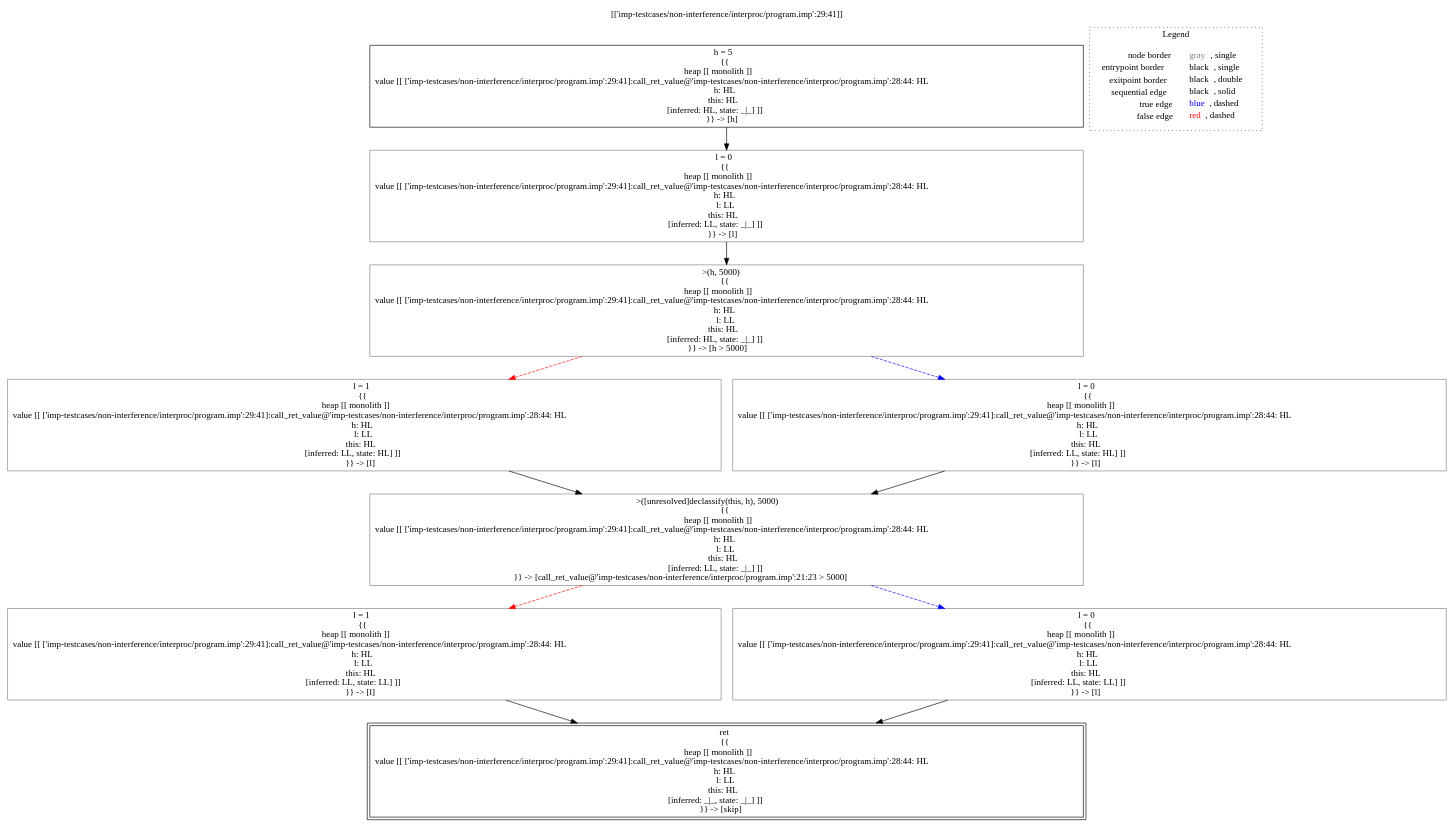
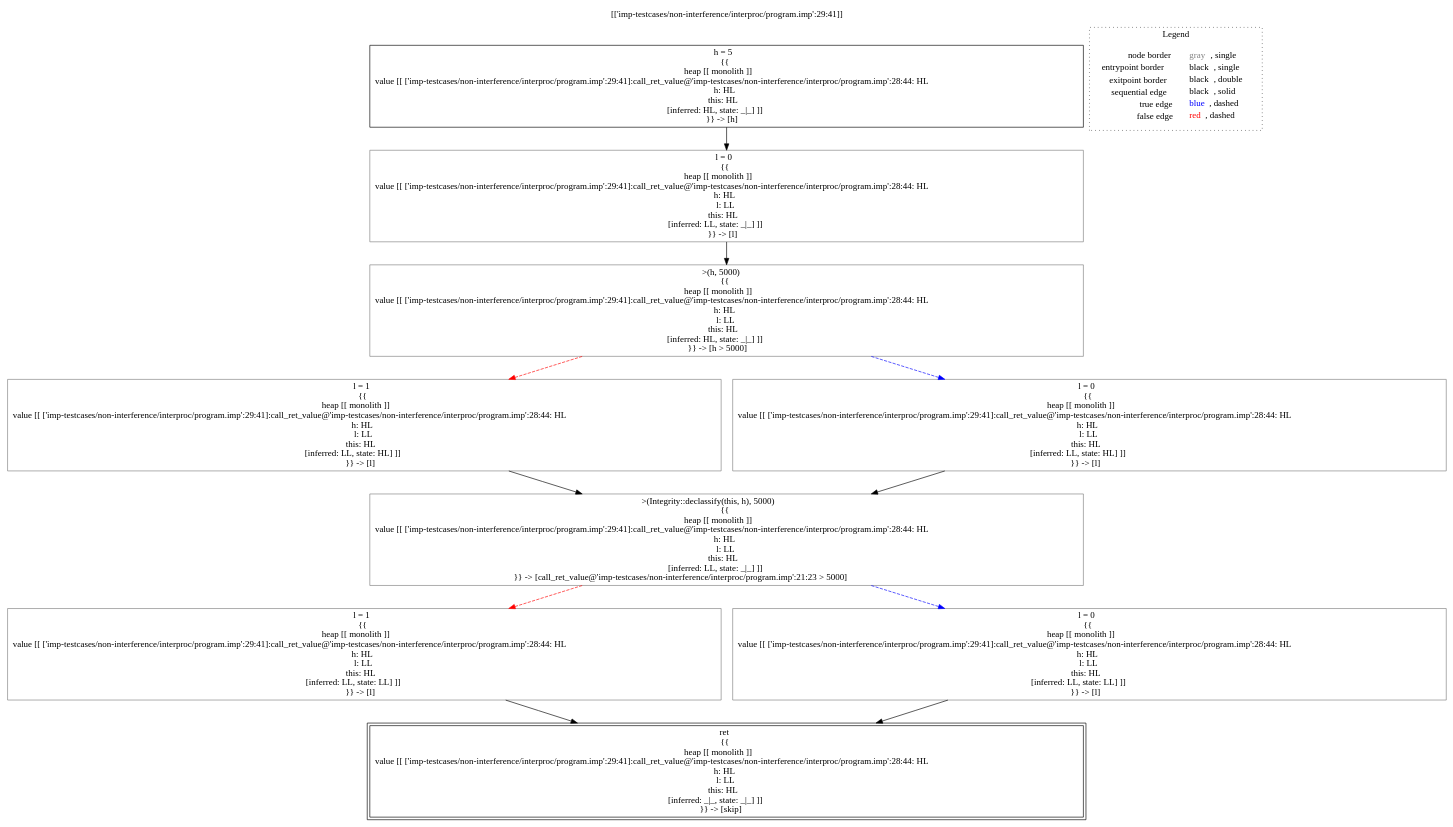
One commit to lisa-analyzer/lisa changed the diagram in lisa/lisa-core/imp-testcases/non-interference/interproc/analysis___-2057990561_untyped_Integrity.confidentiality_lec6_declassified(Integrity_this).dot. Above: the diagram before and after it, drawn with Graphviz. The commit also changed 42 other files, not shown here.

```diff
--- a/lisa/lisa-core/imp-testcases/non-interference/interproc/analysis___-2057990561_untyped_Integrity.confidentiality_lec6_declassified(Integrity_this).dot
+++ b/lisa/lisa-core/imp-testcases/non-interference/interproc/analysis___-2057990561_untyped_Integrity.confidentiality_lec6_declassified(Integrity_this).dot
@@ -1,30 +1,30 @@
 digraph {
 	labelloc="t";
 	label="[['imp-testcases/non-interference/interproc/program.imp':29:41]]";
 	"node0" [shape="rect",color="black",label=<h = 5<BR/>{{<BR/>heap [[ monolith ]]<BR/>value [[ ['imp-testcases/non-interference/interproc/program.imp':29:41]:call_ret_value@'imp-testcases/non-interference/interproc/program.imp':28:44: HL<BR/>h: HL<BR/>this: HL<BR/>[inferred: HL, state: _|_] ]]<BR/>}} -&gt; [h]>];
 	"node1" [shape="rect",color="black",peripheries="2",label=<ret<BR/>{{<BR/>heap [[ monolith ]]<BR/>value [[ ['imp-testcases/non-interference/interproc/program.imp':29:41]:call_ret_value@'imp-testcases/non-interference/interproc/program.imp':28:44: HL<BR/>h: HL<BR/>l: LL<BR/>this: HL<BR/>[inferred: _|_, state: _|_] ]]<BR/>}} -&gt; [skip]>];
-	"node2" [shape="rect",color="gray",label=<l = 0<BR/>{{<BR/>heap [[ monolith ]]<BR/>value [[ ['imp-testcases/non-interference/interproc/program.imp':29:41]:call_ret_value@'imp-testcases/non-interference/interproc/program.imp':28:44: HL<BR/>h: HL<BR/>l: LL<BR/>this: HL<BR/>[inferred: LL, state: _|_] ]]<BR/>}} -&gt; [l]>];
+	"node2" [shape="rect",color="gray",label=<l = 1<BR/>{{<BR/>heap [[ monolith ]]<BR/>value [[ ['imp-testcases/non-interference/interproc/program.imp':29:41]:call_ret_value@'imp-testcases/non-interference/interproc/program.imp':28:44: HL<BR/>h: HL<BR/>l: LL<BR/>this: HL<BR/>[inferred: LL, state: HL] ]]<BR/>}} -&gt; [l]>];
 	"node3" [shape="rect",color="gray",label=<l = 1<BR/>{{<BR/>heap [[ monolith ]]<BR/>value [[ ['imp-testcases/non-interference/interproc/program.imp':29:41]:call_ret_value@'imp-testcases/non-interference/interproc/program.imp':28:44: HL<BR/>h: HL<BR/>l: LL<BR/>this: HL<BR/>[inferred: LL, state: LL] ]]<BR/>}} -&gt; [l]>];
-	"node4" [shape="rect",color="gray",label=<l = 1<BR/>{{<BR/>heap [[ monolith ]]<BR/>value [[ ['imp-testcases/non-interference/interproc/program.imp':29:41]:call_ret_value@'imp-testcases/non-interference/interproc/program.imp':28:44: HL<BR/>h: HL<BR/>l: LL<BR/>this: HL<BR/>[inferred: LL, state: HL] ]]<BR/>}} -&gt; [l]>];
-	"node5" [shape="rect",color="gray",label=<&gt;(h, 5000)<BR/>{{<BR/>heap [[ monolith ]]<BR/>value [[ ['imp-testcases/non-interference/interproc/program.imp':29:41]:call_ret_value@'imp-testcases/non-interference/interproc/program.imp':28:44: HL<BR/>h: HL<BR/>l: LL<BR/>this: HL<BR/>[inferred: HL, state: _|_] ]]<BR/>}} -&gt; [h &gt; 5000]>];
-	"node6" [shape="rect",color="gray",label=<l = 0<BR/>{{<BR/>heap [[ monolith ]]<BR/>value [[ ['imp-testcases/non-interference/interproc/program.imp':29:41]:call_ret_value@'imp-testcases/non-interference/interproc/program.imp':28:44: HL<BR/>h: HL<BR/>l: LL<BR/>this: HL<BR/>[inferred: LL, state: LL] ]]<BR/>}} -&gt; [l]>];
-	"node7" [shape="rect",color="gray",label=<&gt;([unresolved]declassify(this, h), 5000)<BR/>{{<BR/>heap [[ monolith ]]<BR/>value [[ ['imp-testcases/non-interference/interproc/program.imp':29:41]:call_ret_value@'imp-testcases/non-interference/interproc/program.imp':28:44: HL<BR/>h: HL<BR/>l: LL<BR/>this: HL<BR/>[inferred: LL, state: _|_] ]]<BR/>}} -&gt; [call_ret_value@'imp-testcases/non-interference/interproc/program.imp':21:23 &gt; 5000]>];
-	"node8" [shape="rect",color="gray",label=<l = 0<BR/>{{<BR/>heap [[ monolith ]]<BR/>value [[ ['imp-testcases/non-interference/interproc/program.imp':29:41]:call_ret_value@'imp-testcases/non-interference/interproc/program.imp':28:44: HL<BR/>h: HL<BR/>l: LL<BR/>this: HL<BR/>[inferred: LL, state: HL] ]]<BR/>}} -&gt; [l]>];
-	"node2" -> "node5" [color="black"];
+	"node4" [shape="rect",color="gray",label=<l = 0<BR/>{{<BR/>heap [[ monolith ]]<BR/>value [[ ['imp-testcases/non-interference/interproc/program.imp':29:41]:call_ret_value@'imp-testcases/non-interference/interproc/program.imp':28:44: HL<BR/>h: HL<BR/>l: LL<BR/>this: HL<BR/>[inferred: LL, state: HL] ]]<BR/>}} -&gt; [l]>];
+	"node5" [shape="rect",color="gray",label=<l = 0<BR/>{{<BR/>heap [[ monolith ]]<BR/>value [[ ['imp-testcases/non-interference/interproc/program.imp':29:41]:call_ret_value@'imp-testcases/non-interference/interproc/program.imp':28:44: HL<BR/>h: HL<BR/>l: LL<BR/>this: HL<BR/>[inferred: LL, state: _|_] ]]<BR/>}} -&gt; [l]>];
+	"node6" [shape="rect",color="gray",label=<&gt;(h, 5000)<BR/>{{<BR/>heap [[ monolith ]]<BR/>value [[ ['imp-testcases/non-interference/interproc/program.imp':29:41]:call_ret_value@'imp-testcases/non-interference/interproc/program.imp':28:44: HL<BR/>h: HL<BR/>l: LL<BR/>this: HL<BR/>[inferred: HL, state: _|_] ]]<BR/>}} -&gt; [h &gt; 5000]>];
+	"node7" [shape="rect",color="gray",label=<l = 0<BR/>{{<BR/>heap [[ monolith ]]<BR/>value [[ ['imp-testcases/non-interference/interproc/program.imp':29:41]:call_ret_value@'imp-testcases/non-interference/interproc/program.imp':28:44: HL<BR/>h: HL<BR/>l: LL<BR/>this: HL<BR/>[inferred: LL, state: LL] ]]<BR/>}} -&gt; [l]>];
+	"node8" [shape="rect",color="gray",label=<&gt;(Integrity::declassify(this, h), 5000)<BR/>{{<BR/>heap [[ monolith ]]<BR/>value [[ ['imp-testcases/non-interference/interproc/program.imp':29:41]:call_ret_value@'imp-testcases/non-interference/interproc/program.imp':28:44: HL<BR/>h: HL<BR/>l: LL<BR/>this: HL<BR/>[inferred: LL, state: _|_] ]]<BR/>}} -&gt; [call_ret_value@'imp-testcases/non-interference/interproc/program.imp':21:23 &gt; 5000]>];
+	"node2" -> "node8" [color="black"];
 	"node3" -> "node1" [color="black"];
-	"node4" -> "node7" [color="black"];
-	"node0" -> "node2" [color="black"];
-	"node5" -> "node4" [color="red",style="dashed"];
-	"node5" -> "node8" [color="blue",style="dashed"];
-	"node6" -> "node1" [color="black"];
-	"node7" -> "node3" [color="red",style="dashed"];
-	"node7" -> "node6" [color="blue",style="dashed"];
-	"node8" -> "node7" [color="black"];
+	"node4" -> "node8" [color="black"];
+	"node5" -> "node6" [color="black"];
+	"node6" -> "node2" [color="red",style="dashed"];
+	"node6" -> "node4" [color="blue",style="dashed"];
+	"node0" -> "node5" [color="black"];
+	"node7" -> "node1" [color="black"];
+	"node8" -> "node3" [color="red",style="dashed"];
+	"node8" -> "node7" [color="blue",style="dashed"];
 subgraph cluster_legend {
 	label="Legend";
 	style=dotted;
 	node [shape=plaintext];
 	"legend" [label=<<table border="0" cellpadding="2" cellspacing="0" cellborder="0"><tr><td align="right">node border&nbsp;</td><td align="left"><font color="gray">gray</font>, single</td></tr><tr><td align="right">entrypoint border&nbsp;</td><td align="left"><font color="black">black</font>, single</td></tr><tr><td align="right">exitpoint border&nbsp;</td><td align="left"><font color="black">black</font>, double</td></tr><tr><td align="right">sequential edge&nbsp;</td><td align="left"><font color="black">black</font>, solid</td></tr><tr><td align="right">true edge&nbsp;</td><td align="left"><font color="blue">blue</font>, dashed</td></tr><tr><td align="right">false edge&nbsp;</td><td align="left"><font color="red">red</font>, dashed</td></tr></table>>];
 }
 
 }
```
